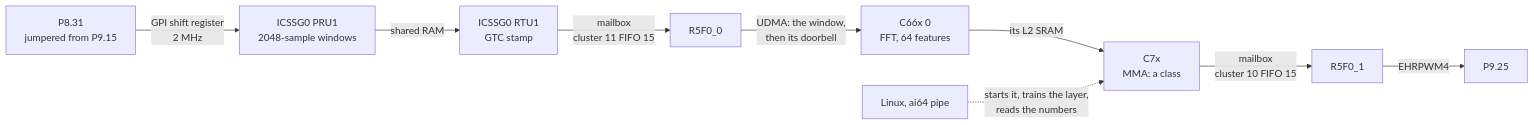
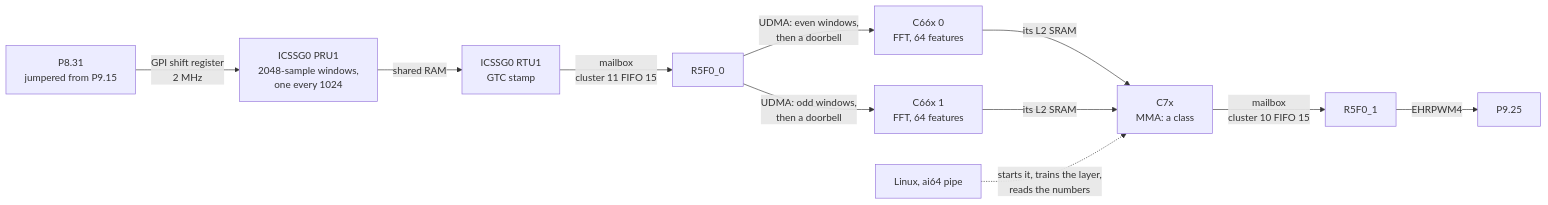
Before and after one commit to kevinacahalan/BeagleBoneAI64-linux-zephyr-pru-c7x-c66x-demo: the third of 3 diagrams in README.md, drawn with Mermaid. The commit also changed other lines of this file and 15 other files, not shown here.

First line of the commit message:
Pipeline: overlapping windows, a new one every 512 us, the FFTs shared by both C66x cores

````diff
--- a/README.md
+++ b/README.md
@@ -940,11 +941,13 @@
 ```mermaid
 flowchart LR
-  in["P8.31<br/>jumpered from P9.15"] -->|"GPI shift register<br/>2 MHz"| pru1["ICSSG0 PRU1<br/>2048-sample windows"]
+  in["P8.31<br/>jumpered from P9.15"] -->|"GPI shift register<br/>2 MHz"| pru1["ICSSG0 PRU1<br/>2048-sample windows,<br/>one every 1024"]
   pru1 -->|"shared RAM"| rtu1["ICSSG0 RTU1<br/>GTC stamp"]
   rtu1 -->|"mailbox<br/>cluster 11 FIFO 15"| r500["R5F0_0"]
-  r500 -->|"UDMA: the window,<br/>then its doorbell"| c66["C66x 0<br/>FFT, 64 features"]
-  c66 -->|"its L2 SRAM"| c7x["C7x<br/>MMA: a class"]
+  r500 -->|"UDMA: even windows,<br/>then a doorbell"| c660["C66x 0<br/>FFT, 64 features"]
+  r500 -->|"UDMA: odd windows,<br/>then a doorbell"| c661["C66x 1<br/>FFT, 64 features"]
+  c660 -->|"its L2 SRAM"| c7x["C7x<br/>MMA: a class"]
+  c661 -->|"its L2 SRAM"| c7x
   c7x -->|"mailbox<br/>cluster 10 FIFO 15"| r501["R5F0_1"]
   r501 -->|"EHRPWM4"| out["P9.25"]
   lx["Linux, ai64 pipe"] -.->|"starts it, trains the layer,<br/>reads the numbers"| c7x
 ```
````
